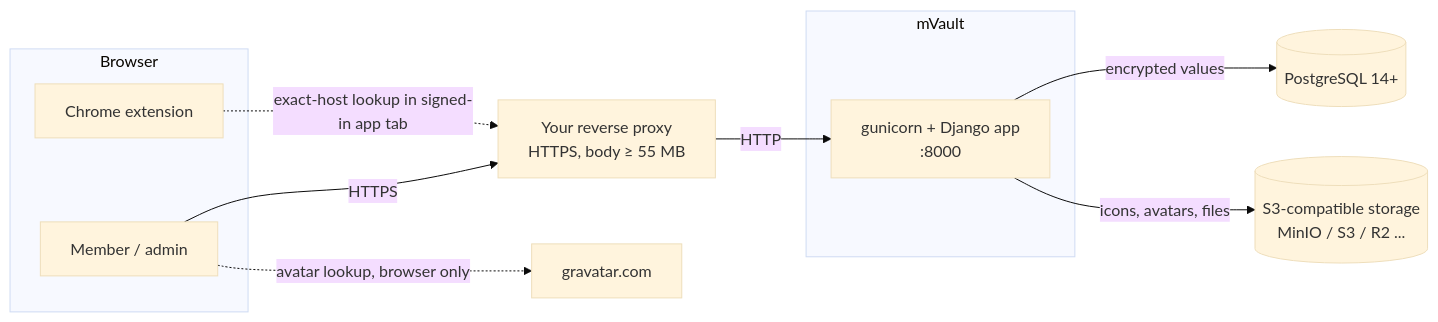
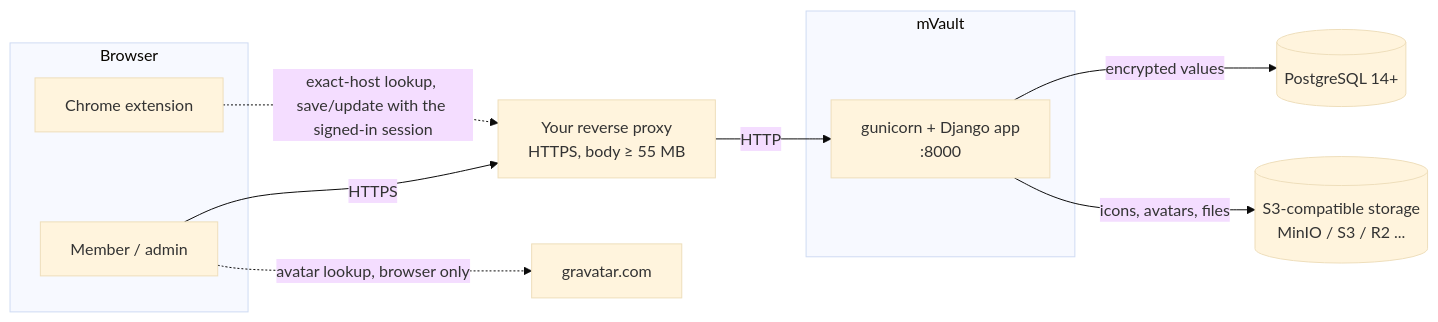
One commit to orkhan/mvault changed the first of 2 diagrams in docs/architecture.md. Above: the diagram before and after it, drawn with Mermaid (base theme). The commit also changed other lines of this file and 21 other files, not shown here.

````diff
--- a/docs/architecture.md
+++ b/docs/architecture.md
@@ -7,19 +7,19 @@
 ```mermaid
 flowchart LR
   subgraph Browser
     U[Member / admin]
     E[Chrome extension]
   end
   P[Your reverse proxy<br/>HTTPS, body ≥ 55 MB]
   subgraph mVault
     W[gunicorn + Django app<br/>:8000]
   end
   PG[(PostgreSQL 14+)]
   S3[(S3-compatible storage<br/>MinIO / S3 / R2 ...)]
   G[gravatar.com]
   U -->|HTTPS| P -->|HTTP| W
-  E -.->|exact-host lookup in signed-in app tab| P
+  E -.->|exact-host lookup, save/update with the signed-in session| P
   W -->|encrypted values| PG
   W -->|icons, avatars, files| S3
   U -.->|avatar lookup, browser only| G
 ```
````
